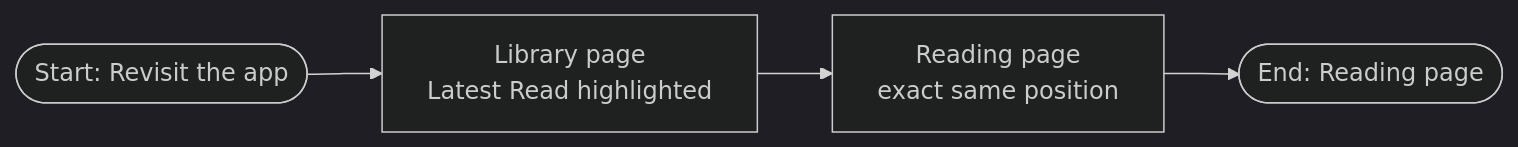
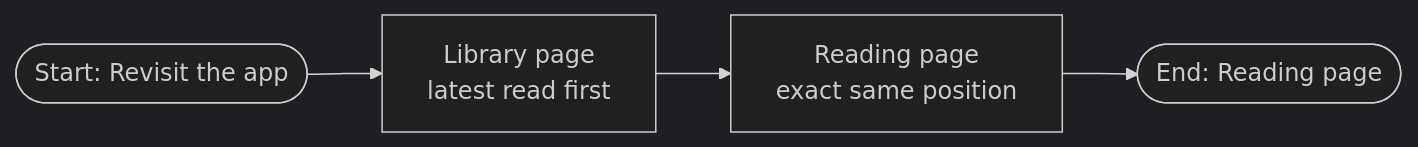
The diagram in 1.3-Latest-Read-EN.md (AftrHours/PRD), drawn with Mermaid (dark theme) before and after one commit. The commit also changed other lines of this file and 6 other files, not shown here.

````diff
--- a/1.3-Latest-Read-EN.md
+++ b/1.3-Latest-Read-EN.md
@@ -107,6 +108,6 @@
 ```mermaid
 flowchart LR
-  A([Start: Revisit the app]) --> B[Library page<br/>Latest Read highlighted]
+  A([Start: Revisit the app]) --> B[Library page<br/>latest read first]
   B --> C[Reading page<br/>exact same position]
   C --> D([End: Reading page])
 ```
````
